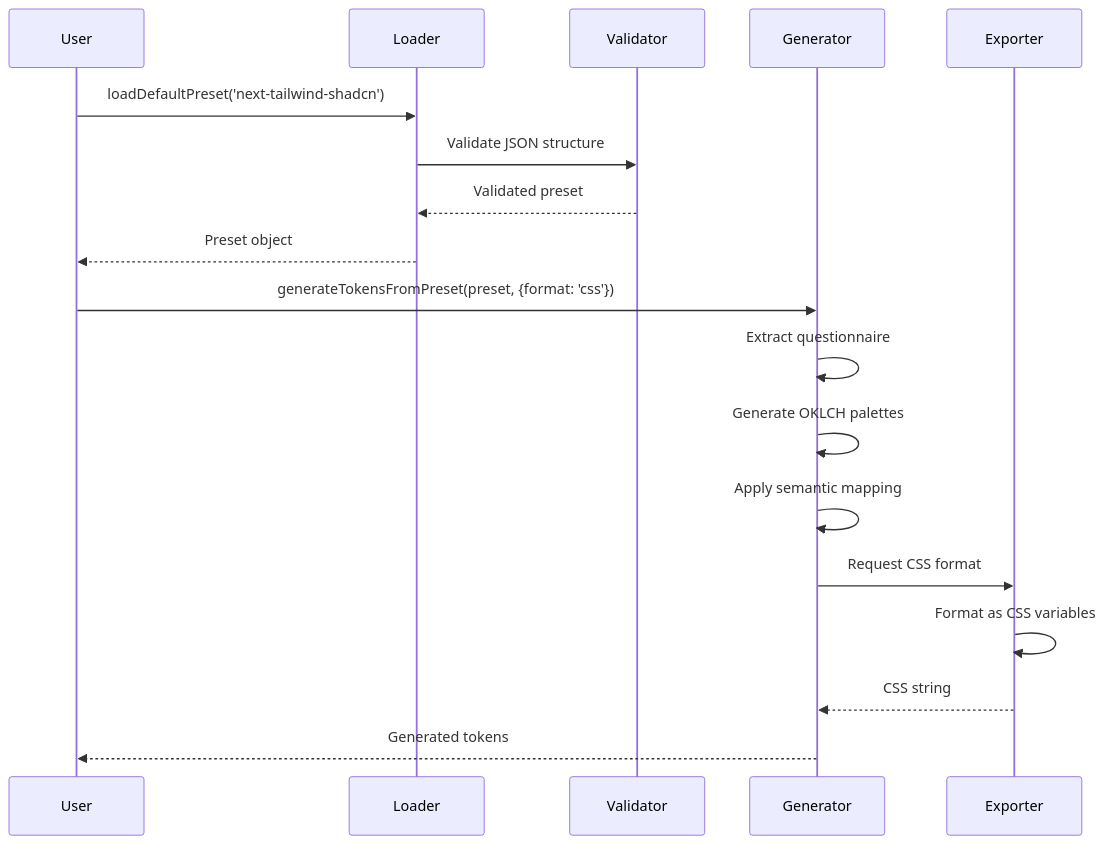
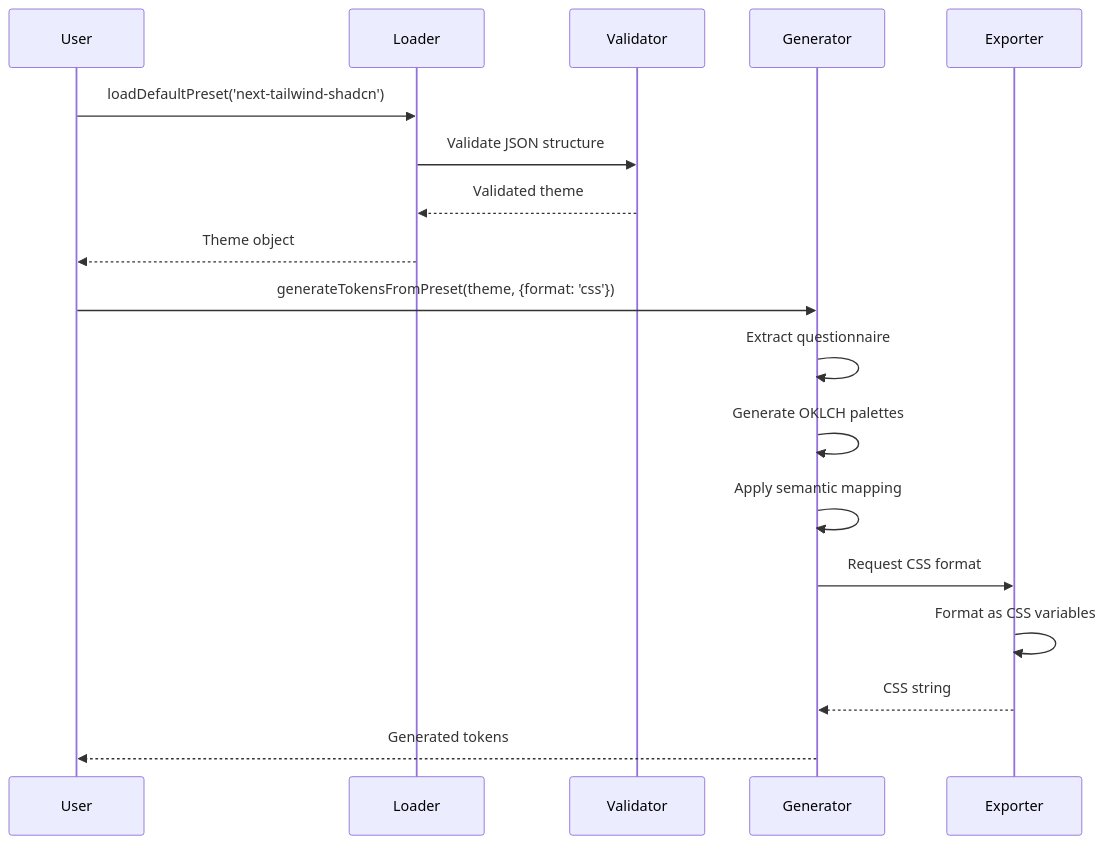
Before and after one commit to soo-kate-yeon/framingui: the fourth of 7 diagrams in docs/architecture/README.md, drawn with Mermaid. The commit also changed other lines of this file and 301 other files, not shown here.

First line of the commit message:
refactor: rename preset→theme, archetype→component across codebase

````diff
--- a/docs/architecture/README.md
+++ b/docs/architecture/README.md
@@ -203,22 +203,22 @@
 ```mermaid
 sequenceDiagram
     participant User
     participant Loader
     participant Validator
     participant Generator
     participant Exporter
 
     User->>Loader: loadDefaultPreset('next-tailwind-shadcn')
     Loader->>Validator: Validate JSON structure
-    Validator-->>Loader: Validated preset
-    Loader-->>User: Preset object
+    Validator-->>Loader: Validated theme
+    Loader-->>User: Theme object
 
-    User->>Generator: generateTokensFromPreset(preset, {format: 'css'})
+    User->>Generator: generateTokensFromPreset(theme, {format: 'css'})
     Generator->>Generator: Extract questionnaire
     Generator->>Generator: Generate OKLCH palettes
     Generator->>Generator: Apply semantic mapping
     Generator->>Exporter: Request CSS format
     Exporter->>Exporter: Format as CSS variables
     Exporter-->>Generator: CSS string
     Generator-->>User: Generated tokens
 ```
````
